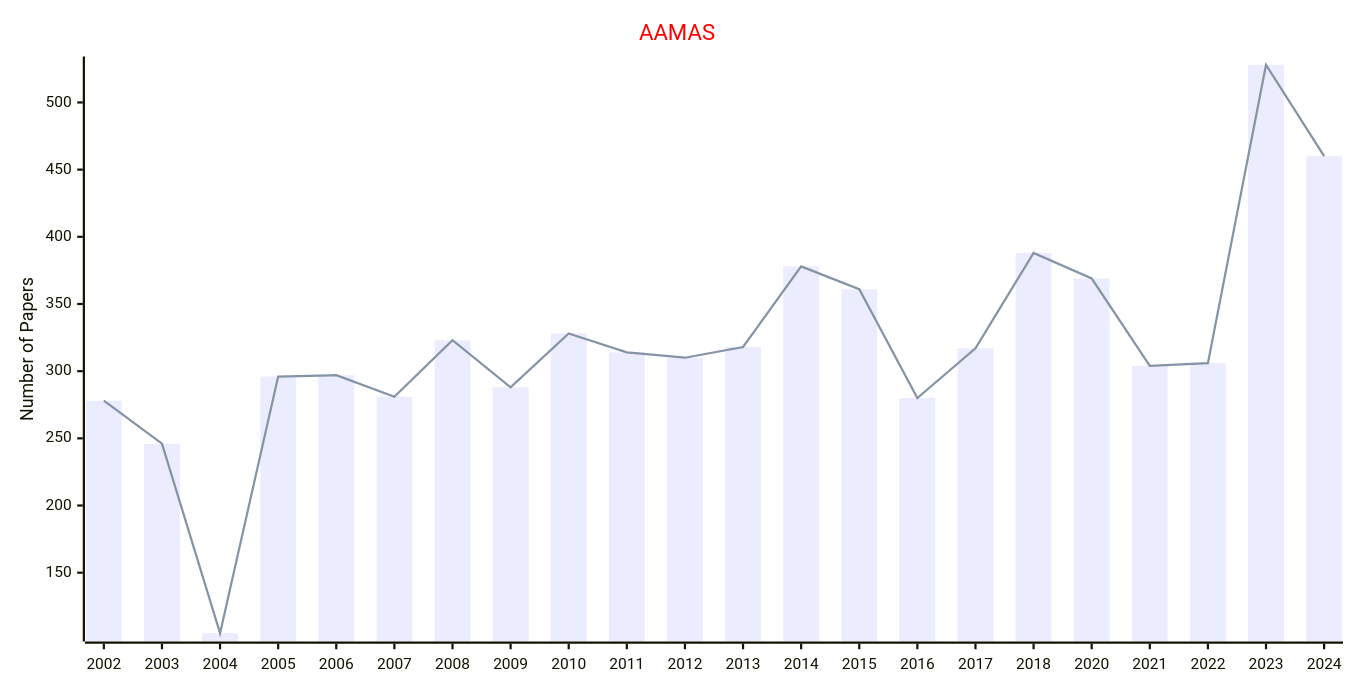
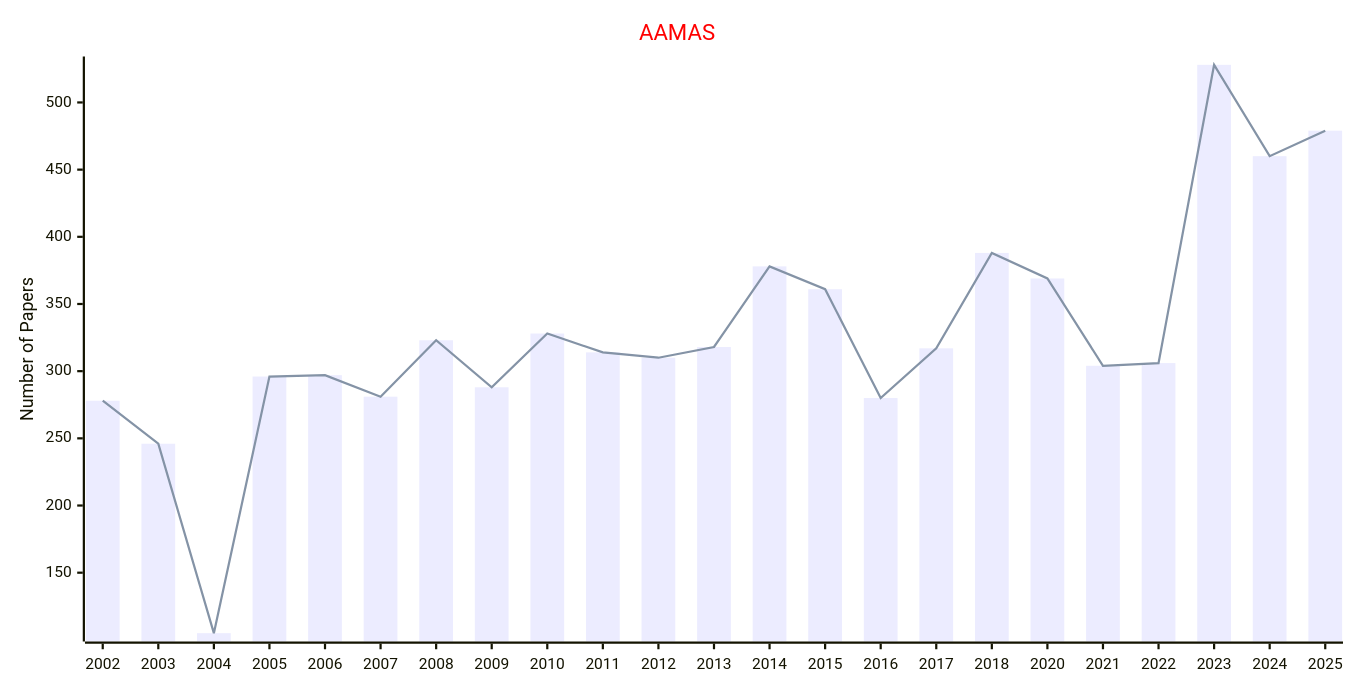
Before and after one commit to NextArtifIntell/AILinks: the diagram in docs/data/Conferences/Statistics_Conferences/Multiagent.md, drawn with Mermaid. The commit also changed 13 other files, not shown here.

````diff
--- a/docs/data/Conferences/Statistics_Conferences/Multiagent.md
+++ b/docs/data/Conferences/Statistics_Conferences/Multiagent.md
@@ -9,17 +9,17 @@
 ```mermaid
 ---
 config:
     xyChart:
         width: 1200
         height: 600
     themeVariables:
         xyChart:
             titleColor: "#ff0000"
 ---
 xychart-beta
     title "AAMAS"
-    x-axis [2002, 2003, 2004, 2005, 2006, 2007, 2008, 2009, 2010, 2011, 2012, 2013, 2014, 2015, 2016, 2017, 2018, 2020, 2021, 2022, 2023, 2024]
+    x-axis [2002, 2003, 2004, 2005, 2006, 2007, 2008, 2009, 2010, 2011, 2012, 2013, 2014, 2015, 2016, 2017, 2018, 2020, 2021, 2022, 2023, 2024, 2025]
     y-axis "Number of Papers"
-    bar [278, 246, 105, 296, 297, 281, 323, 288, 328, 314, 310, 318, 378, 361, 280, 317, 388, 369, 304, 306, 528, 460]
-    line [278, 246, 105, 296, 297, 281, 323, 288, 328, 314, 310, 318, 378, 361, 280, 317, 388, 369, 304, 306, 528, 460]
+    bar [278, 246, 105, 296, 297, 281, 323, 288, 328, 314, 310, 318, 378, 361, 280, 317, 388, 369, 304, 306, 528, 460, 479]
+    line [278, 246, 105, 296, 297, 281, 323, 288, 328, 314, 310, 318, 378, 361, 280, 317, 388, 369, 304, 306, 528, 460, 479]
 ```
````
